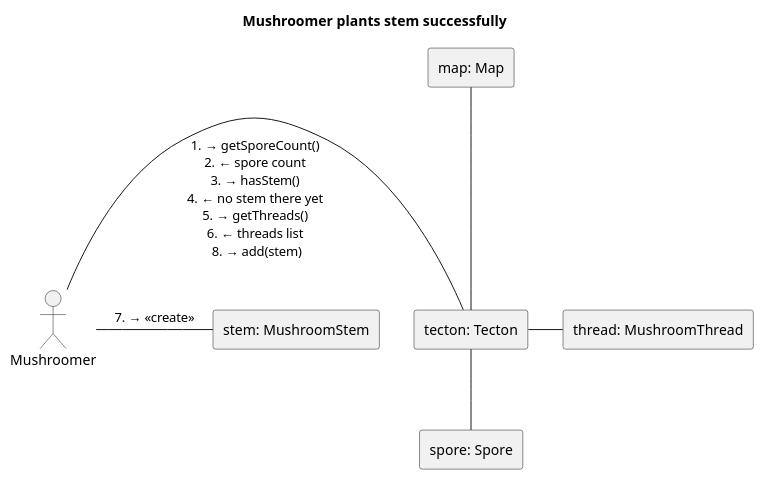
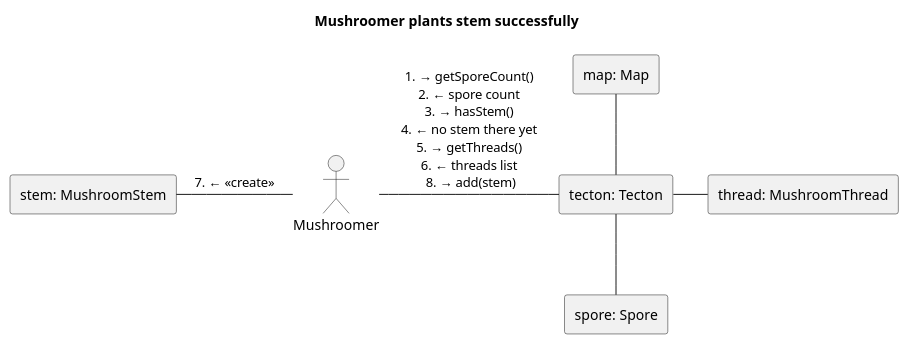
The diagram in 5/communication_diagrams/plants_stem.puml (Petya-G/fungorium), drawn with PlantUML before and after one commit. The commit also changed 1 other file, not shown here.

Commit message:
# some comm. diagrams

```diff
--- a/5/communication_diagrams/plants_stem.puml
+++ b/5/communication_diagrams/plants_stem.puml
@@ -2,17 +2,17 @@
 @startuml Plants stem
 title Mushroomer plants stem successfully
 skinparam linestyle ortho
 actor Mushroomer
 rectangle "map: Map" as 1
 rectangle "tecton: Tecton" as 2.1
 rectangle "thread: MushroomThread" as 3
 rectangle "spore: Spore" as 4
 rectangle "stem: MushroomStem" as 5
 
 Mushroomer - 2.1: \n 1. → getSporeCount() \n 2. ← spore count \n 3. → hasStem() \n 4. ← no stem there yet \n 5. → getThreads() \n 6. ← threads list \n 8. → add(stem)
-Mushroomer - 5: 7. → <<create>>
+Mushroomer -left- 5: 7. ← <<create>>
 2.1 -down- 4
 2.1 -up- 1
 2.1 - 3
 
 @enduml
```
